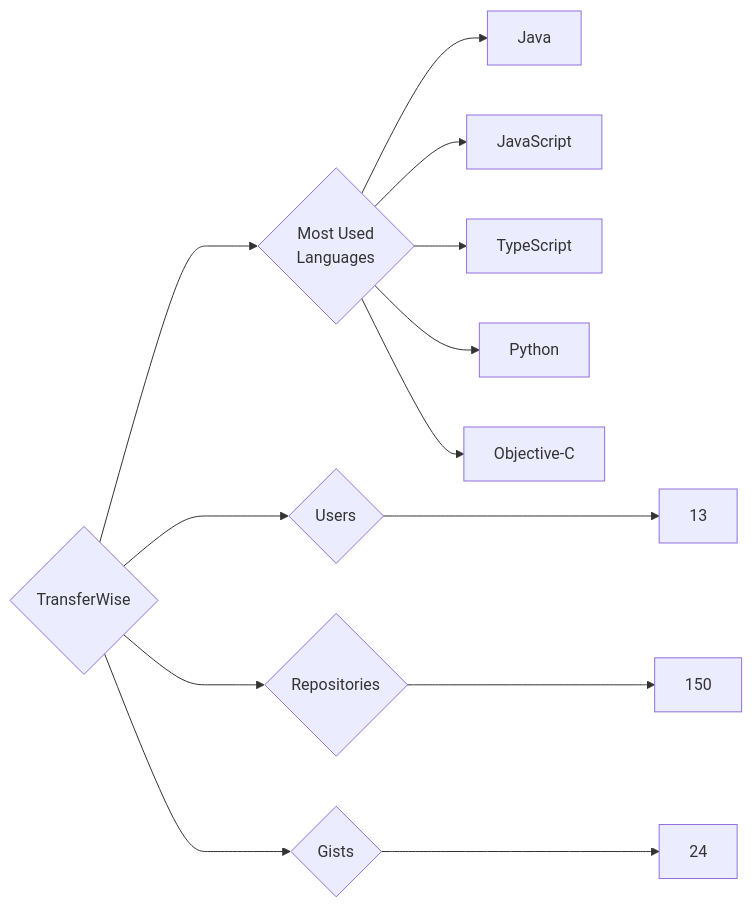
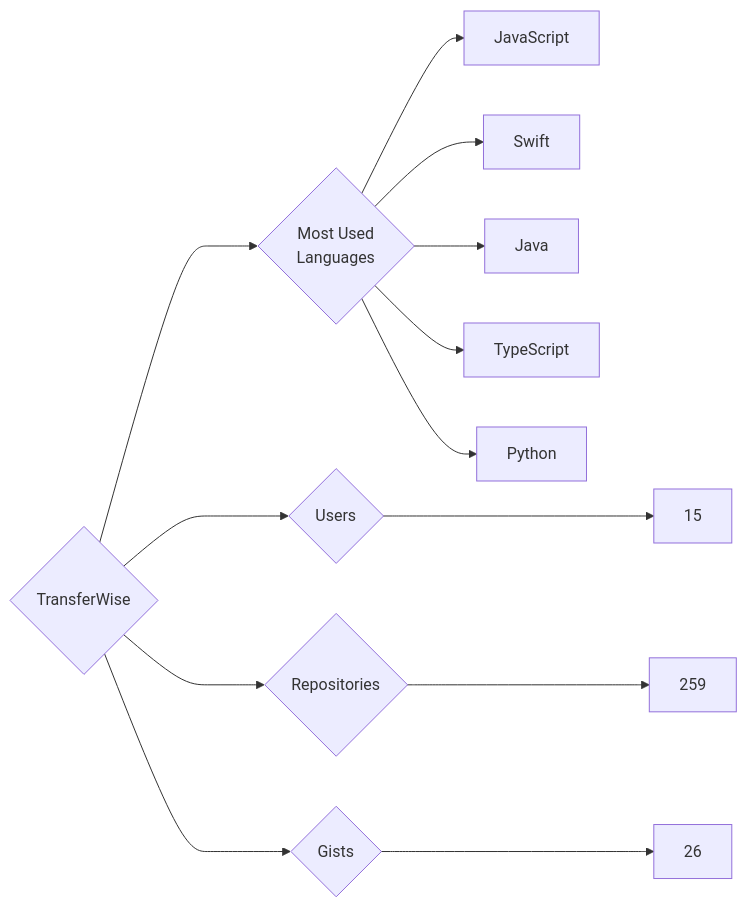
The diagram in targets/TransferWise/README.md (trickest/insiders), drawn with Mermaid before and after one commit. The commit also changed 965 other files, not shown here.

````diff
--- a/targets/TransferWise/README.md
+++ b/targets/TransferWise/README.md
@@ -3,13 +3,13 @@
 ```mermaid
 graph LR
 COMPANY_NAME{TransferWise}
-COMPANY_NAME ---> U{Users} ---> UN[13]
-COMPANY_NAME ---> R{Repositories} ---> RN[150]
-COMPANY_NAME ---> G{Gists} ---> GN[24]
+COMPANY_NAME ---> U{Users} ---> UN[15]
+COMPANY_NAME ---> R{Repositories} ---> RN[259]
+COMPANY_NAME ---> G{Gists} ---> GN[26]
 COMPANY_NAME ---> ML{Most Used<br>Languages}
+ML --> JavaScript[JavaScript]
+ML --> Swift[Swift]
 ML --> Java[Java]
-ML --> JavaScript[JavaScript]
 ML --> TypeScript[TypeScript]
 ML --> Python[Python]
-ML --> Objective-C[Objective-C]
 ```
````
